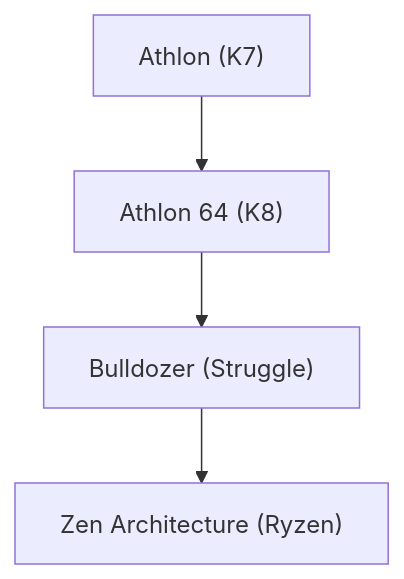
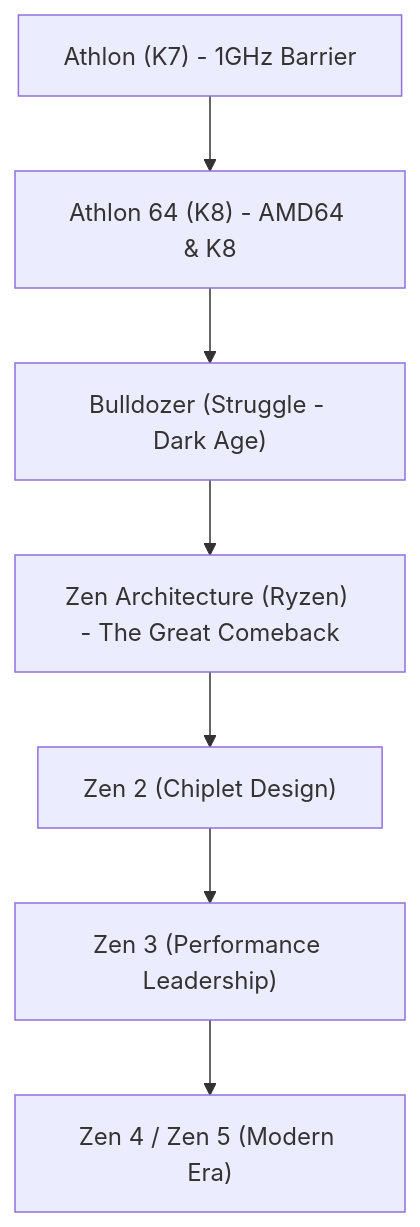
The diagram in content/post/history-of-amd/index.md (kenjinote/blog), drawn with Mermaid before and after one commit. The commit also changed other lines of this file and 276 other files, not shown here.

````diff
--- a/content/post/history-of-amd/index.md
+++ b/content/post/history-of-amd/index.md
@@ -19,6 +59,9 @@
 ```mermaid
 flowchart TD
-    K7["Athlon (K7)"] --> K8["Athlon 64 (K8)"]
-    K8 --> Bulldozer["Bulldozer (Struggle)"]
-    Bulldozer --> Zen["Zen Architecture (Ryzen)"]
+    K7["Athlon (K7) - 1GHz Barrier"] --> K8["Athlon 64 (K8) - AMD64 & K8"]
+    K8 --> Bulldozer["Bulldozer (Struggle - Dark Age)"]
+    Bulldozer --> Zen["Zen Architecture (Ryzen) - The Great Comeback"]
+    Zen --> Zen2["Zen 2 (Chiplet Design)"]
+    Zen2 --> Zen3["Zen 3 (Performance Leadership)"]
+    Zen3 --> Zen4_5["Zen 4 / Zen 5 (Modern Era)"]
 ```
````
